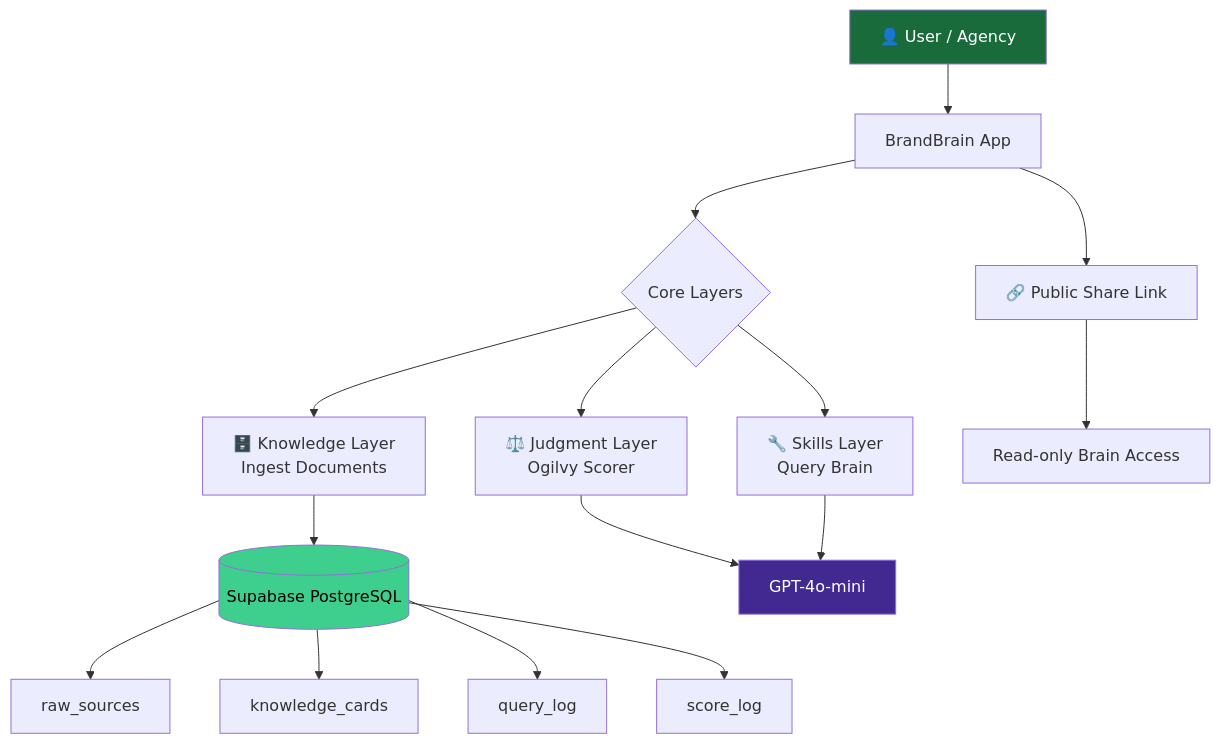
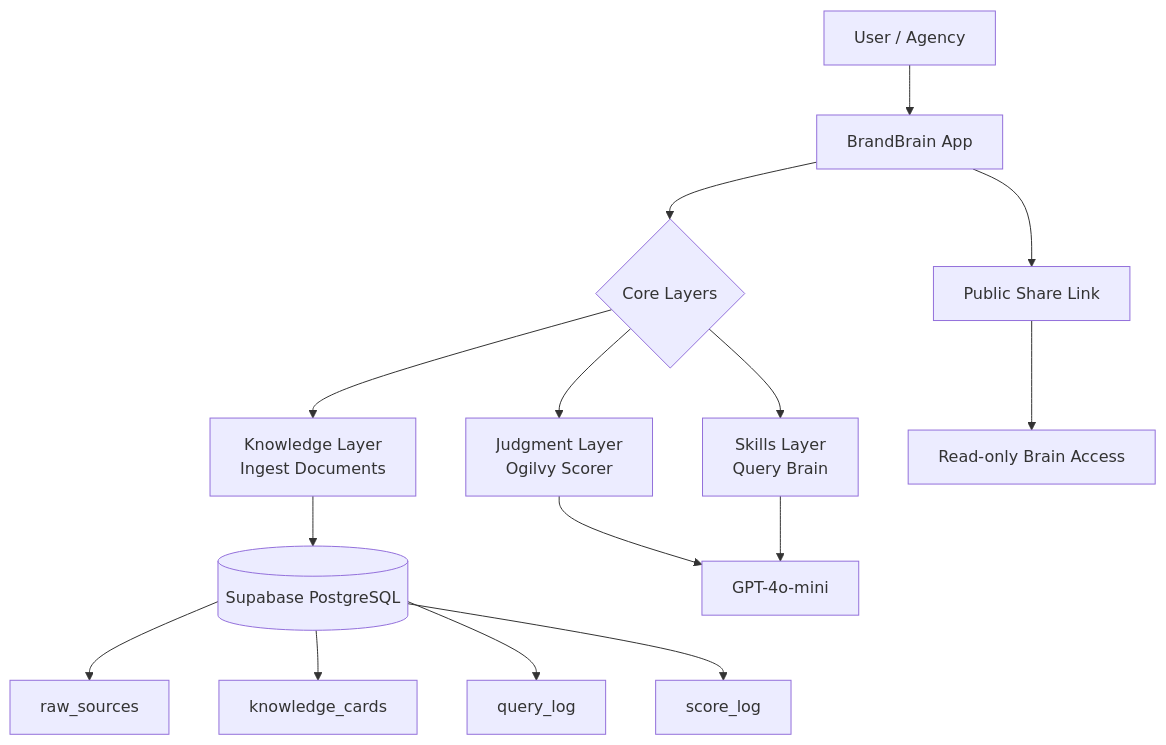
The first of 7 diagrams in README.md (NikhilRaikwar/BrandBrain), drawn with Mermaid before and after one commit. The commit also changed other lines of this file and 3 other files, not shown here.

````diff
--- a/README.md
+++ b/README.md
@@ -21,24 +25,20 @@
 ```mermaid
 graph TD
-    A[👤 User / Agency] --> B[BrandBrain App]
+    A[User / Agency] --> B[BrandBrain App]
     B --> C{Core Layers}
-    C --> D[🗄️ Knowledge Layer<br/>Ingest Documents]
-    C --> E[⚖️ Judgment Layer<br/>Ogilvy Scorer]
-    C --> F[🔧 Skills Layer<br/>Query Brain]
+    C --> D[Knowledge Layer<br/>Ingest Documents]
+    C --> E[Judgment Layer<br/>Ogilvy Scorer]
+    C --> F[Skills Layer<br/>Query Brain]
 
     D --> G[(Supabase PostgreSQL)]
     G --> H[raw_sources]
     G --> I[knowledge_cards]
     G --> J[query_log]
     G --> K[score_log]
 
     E --> L[GPT-4o-mini]
     F --> L
 
-    B --> M[🔗 Public Share Link]
+    B --> M[Public Share Link]
     M --> N[Read-only Brain Access]
-
-    style A fill:#1a6b3c,color:#fff
-    style L fill:#412991,color:#fff
-    style G fill:#3ECF8E,color:#000
 ```
````
